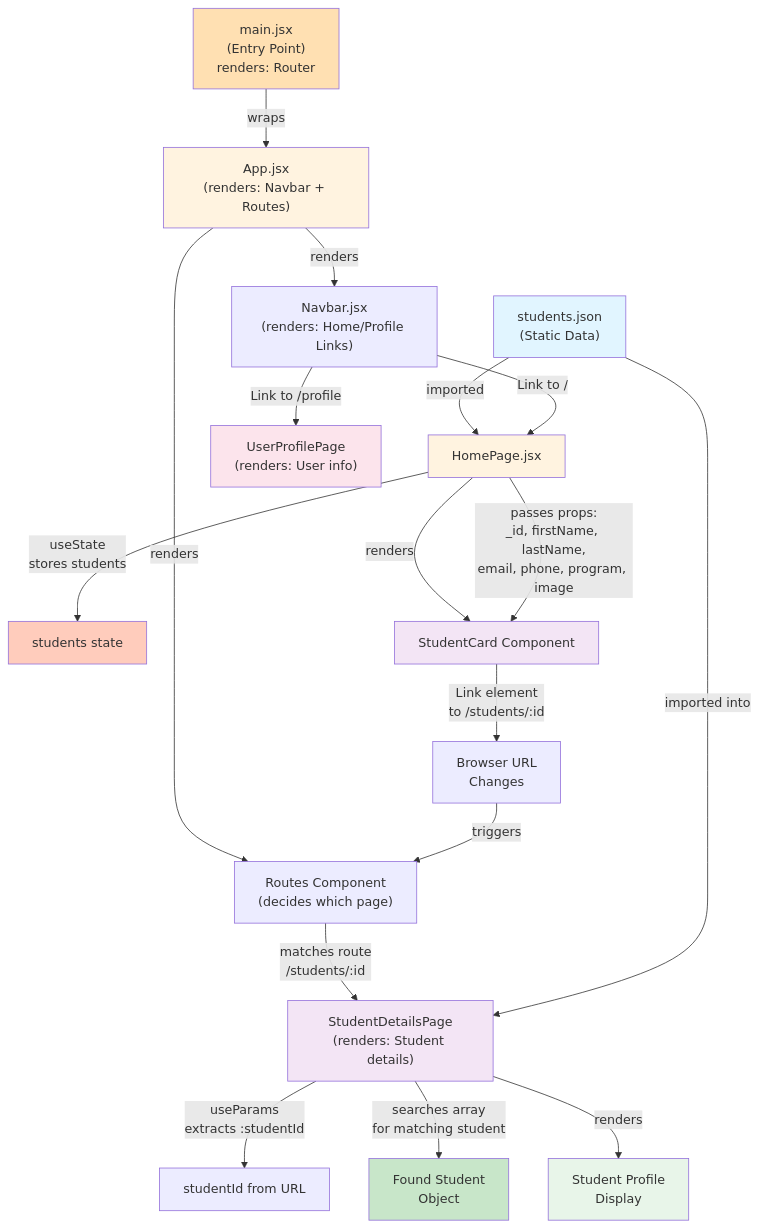
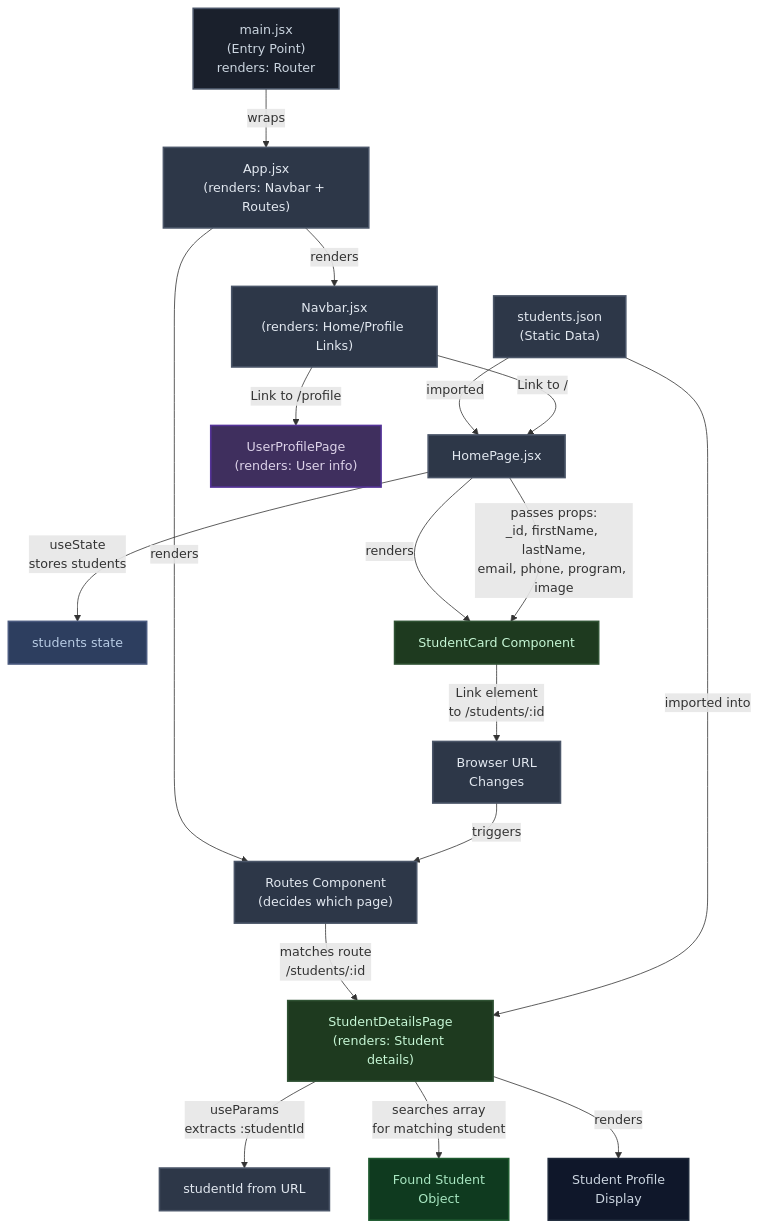
Before and after one commit to ilbrandoric/lab-react-cohort-tools: the diagram in notes.md, drawn with Mermaid.

Commit message:
added notes

````diff
--- a/notes.md
+++ b/notes.md
@@ -181,41 +181,45 @@
 ```mermaid
 graph TD
     A["students.json<br/>(Static Data)"]
     
     B["main.jsx<br/>(Entry Point)<br/>renders: Router"]
     
     B -->|wraps| C["App.jsx<br/>(renders: Navbar + Routes)"]
     
     C -->|renders| D["Navbar.jsx<br/>(renders: Home/Profile Links)"]
     
     C -->|renders| E["Routes Component<br/>(decides which page)"]
     
     A -->|imported| F["HomePage.jsx"]
     F -->|useState<br/>stores students| G["students state"]
     F -->|renders| H["StudentCard Component"]
     F -->|passes props:<br/>_id, firstName, lastName,<br/>email, phone, program, image| H
     
     H -->|Link element<br/>to /students/:id| I["Browser URL<br/>Changes"]
     
     I -->|triggers| E
     E -->|matches route<br/>/students/:id| J["StudentDetailsPage<br/>(renders: Student details)"]
     
     J -->|useParams<br/>extracts :studentId| K["studentId from URL"]
     A -->|imported into| J
     J -->|searches array<br/>for matching student| L["Found Student<br/>Object"]
     J -->|renders| M["Student Profile<br/>Display"]
     
     D -->|Link to /| F
     D -->|Link to /profile| N["UserProfilePage<br/>(renders: User info)"]
     
-    style A fill:#e1f5ff
-    style B fill:#ffe0b2
-    style C fill:#fff3e0
-    style F fill:#fff3e0
-    style H fill:#f3e5f5
-    style J fill:#f3e5f5
-    style M fill:#e8f5e9
-    style N fill:#fce4ec
-    style G fill:#ffccbc
-    style L fill:#c8e6c9
+    style A fill:#2d3748,stroke:#4a5568,stroke-width:2px,color:#e2e8f0
+    style B fill:#1a202c,stroke:#4a5568,stroke-width:2px,color:#cbd5e0
+    style C fill:#2d3748,stroke:#4a5568,stroke-width:2px,color:#e2e8f0
+    style D fill:#2d3748,stroke:#4a5568,stroke-width:2px,color:#e2e8f0
+    style E fill:#2d3748,stroke:#4a5568,stroke-width:2px,color:#e2e8f0
+    style F fill:#2d3748,stroke:#4a5568,stroke-width:2px,color:#e2e8f0
+    style H fill:#1e3a1f,stroke:#2f5233,stroke-width:2px,color:#c6f6d5
+    style J fill:#1e3a1f,stroke:#2f5233,stroke-width:2px,color:#c6f6d5
+    style M fill:#0f172a,stroke:#1e293b,stroke-width:2px,color:#cbd5e0
+    style N fill:#3f2f5e,stroke:#553399,stroke-width:2px,color:#dcd2e8
+    style G fill:#2d3e5f,stroke:#4a5a7f,stroke-width:2px,color:#b8cce4
+    style L fill:#0f3a1f,stroke:#1e5a2f,stroke-width:2px,color:#a8e6c1
+    style I fill:#2d3748,stroke:#4a5568,stroke-width:2px,color:#e2e8f0
+    style K fill:#2d3748,stroke:#4a5568,stroke-width:2px,color:#e2e8f0
 ```
````
